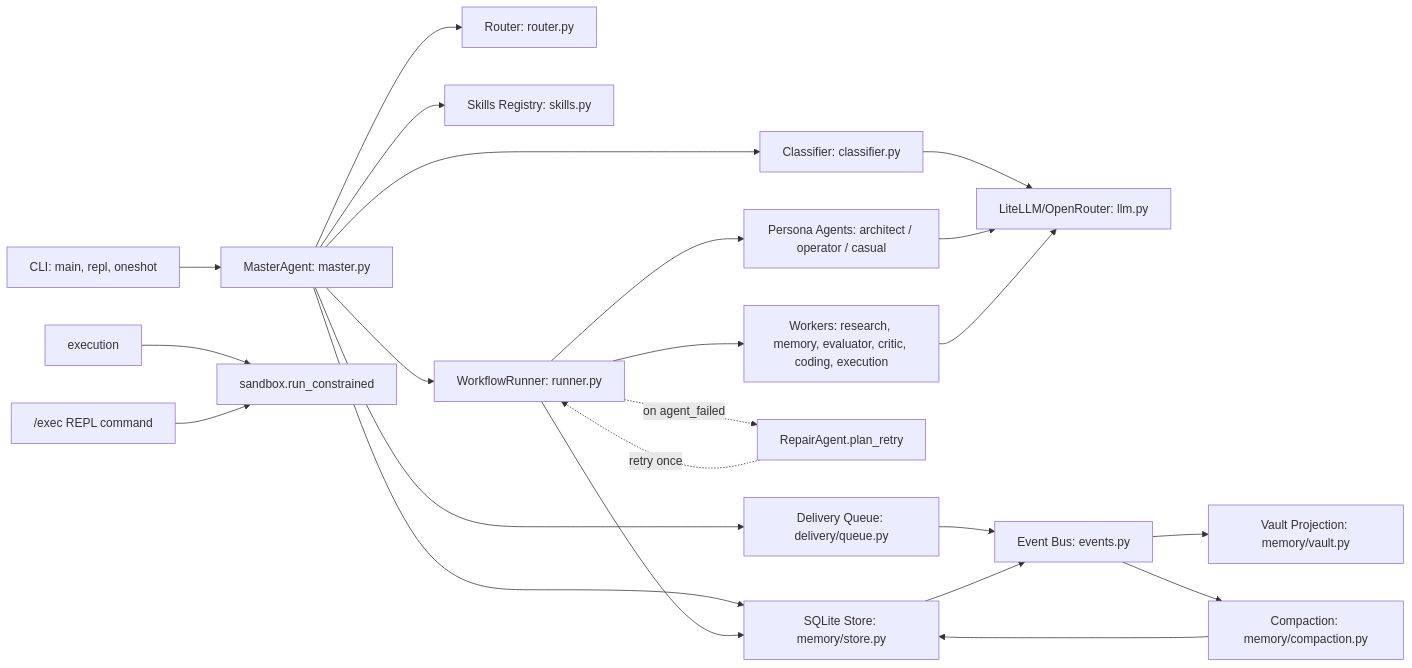
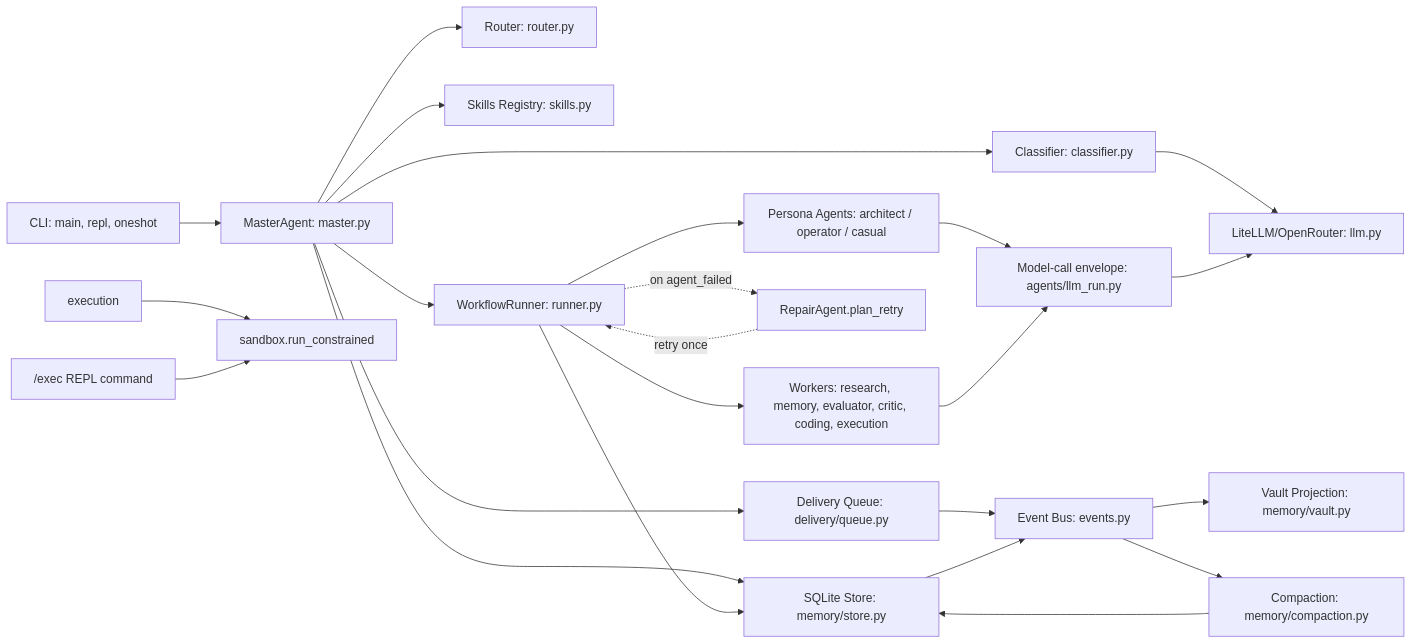
Before and after one commit to GTuritto/ubongo: the first of 7 diagrams in docs/system-architecture.md, drawn with Mermaid. The commit also changed other lines of this file and 9 other files, not shown here.

First line of the commit message:
docs: actualize documentation + C4 diagrams for the deepening (ADR-0012)

````diff
--- a/docs/system-architecture.md
+++ b/docs/system-architecture.md
@@ -21,25 +22,26 @@
 ```mermaid
 flowchart LR
     CLI["CLI: main, repl, oneshot"] --> MASTER["MasterAgent: master.py"]
     MASTER --> CLASSIFIER["Classifier: classifier.py"]
     MASTER --> ROUTER["Router: router.py"]
     MASTER --> SKILLS["Skills Registry: skills.py"]
     MASTER --> RUNNER["WorkflowRunner: runner.py"]
     RUNNER --> PERSONAS["Persona Agents: architect / operator / casual"]
     RUNNER --> WORKERS["Workers: research, memory, evaluator, critic, coding, execution"]
     RUNNER -.->|on agent_failed| REPAIR["RepairAgent.plan_retry"]
     REPAIR -.->|retry once| RUNNER
     EXECUTION["execution"] --> SANDBOX["sandbox.run_constrained"]
     REPL_EXEC["/exec REPL command"] --> SANDBOX
     CLASSIFIER --> LLM["LiteLLM/OpenRouter: llm.py"]
-    PERSONAS --> LLM
-    WORKERS --> LLM
+    PERSONAS --> ENVELOPE["Model-call envelope: agents/llm_run.py"]
+    WORKERS --> ENVELOPE
+    ENVELOPE --> LLM
     MASTER --> STORE["SQLite Store: memory/store.py"]
     RUNNER --> STORE
     MASTER --> QUEUE["Delivery Queue: delivery/queue.py"]
     QUEUE --> EVENTS["Event Bus: events.py"]
     EVENTS --> VAULT["Vault Projection: memory/vault.py"]
     STORE --> EVENTS
     EVENTS --> COMPACT["Compaction: memory/compaction.py"]
     COMPACT --> STORE
 ```
````
